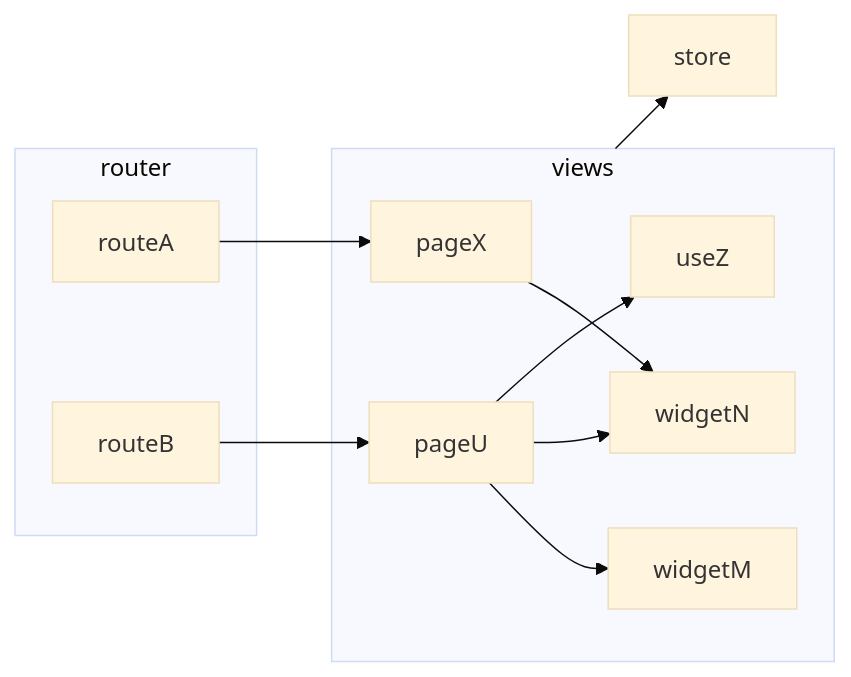
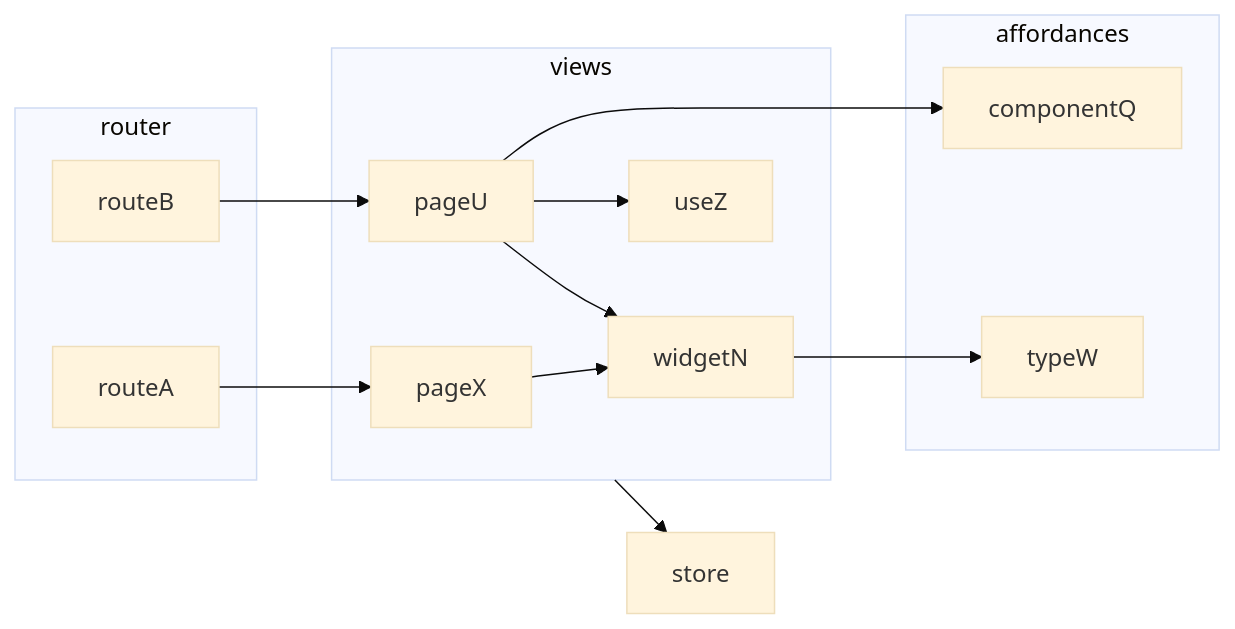
The third of 3 diagrams in docs/DEVELOPMENT.md (joaomelo/calystone), drawn with Mermaid (base theme) before and after one commit. The commit also changed other lines of this file, not shown here.

````diff
--- a/docs/DEVELOPMENT.md
+++ b/docs/DEVELOPMENT.md
@@ -57,23 +57,27 @@
 ```mermaid
 graph LR;
   subgraph router
     routeA;
     routeB
   end
   subgraph views
     pageX;
     pageU;
     widgetN
-    widgetM
     useZ
+  end  
+  subgraph affordances
+    componentQ;
+    typeW
   end  
   store
 
   routeA --> pageX;
   routeB --> pageU
   pageX --> widgetN
-  pageU --> widgetM;
   pageU --> widgetN;
+  widgetN --> typeW;
   pageU --> useZ;
+  pageU --> componentQ;
   views --> store;
 ```
````
